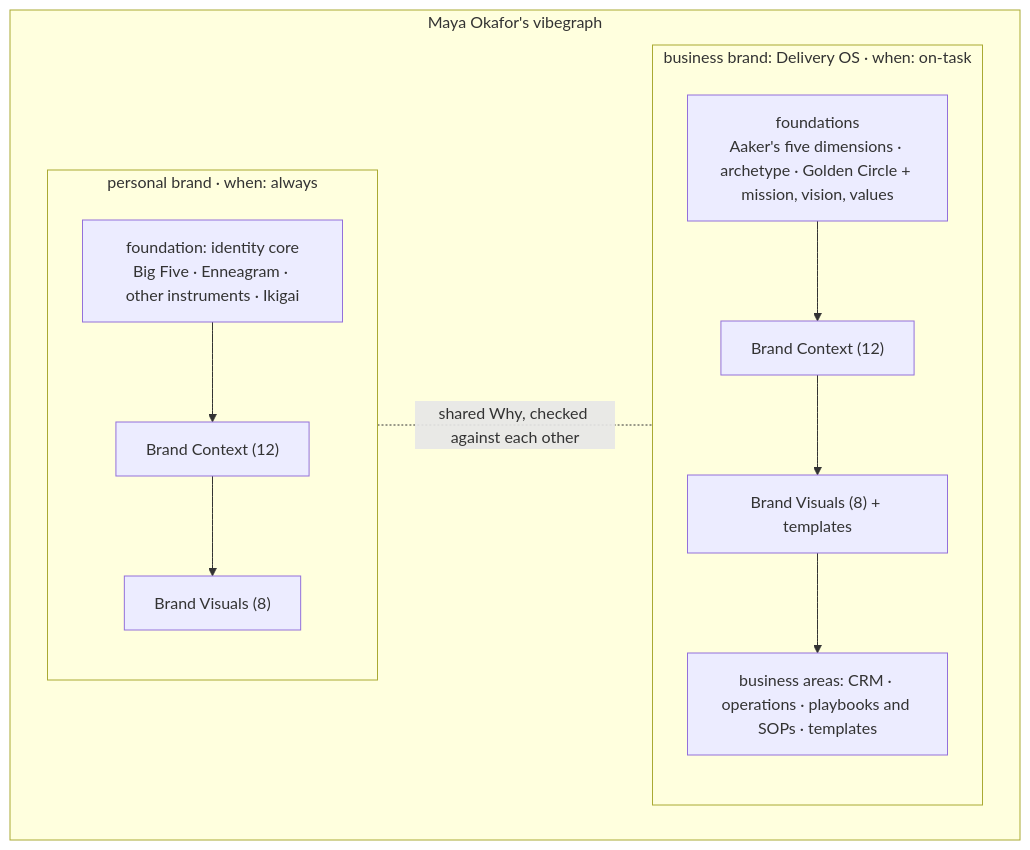
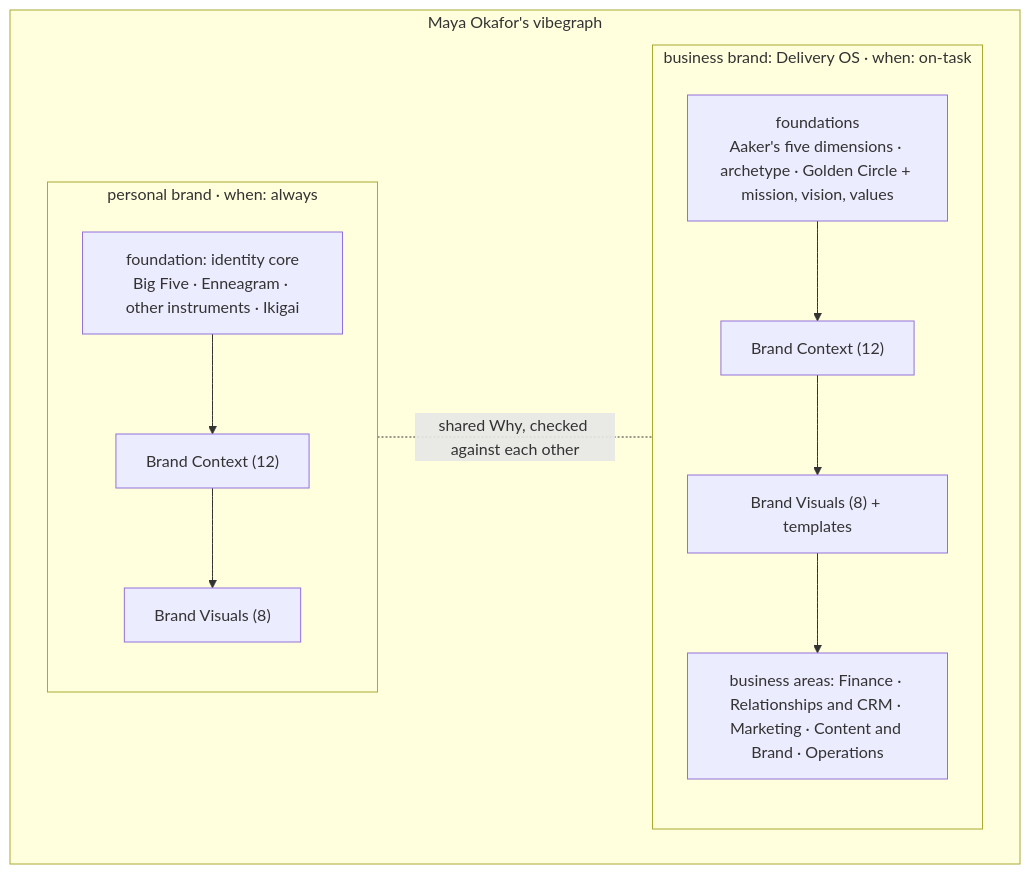
One commit to vibegraph-ai/vibegraph.md changed the second of 4 diagrams in whitepaper/figures/FIGURES-v3.0.md. Above: the diagram before and after it, drawn with Mermaid. The commit also changed other lines of this file and 8 other files, not shown here.

````diff
--- a/whitepaper/figures/FIGURES-v3.0.md
+++ b/whitepaper/figures/FIGURES-v3.0.md
@@ -61,22 +61,22 @@
 ```mermaid
 flowchart LR
   subgraph V["Maya Okafor's vibegraph"]
     direction LR
     subgraph PB["personal brand · when: always"]
       direction TB
       PF["foundation: identity core<br/>Big Five · Enneagram · other instruments · Ikigai"]
       PC["Brand Context (12)"]
       PV["Brand Visuals (8)"]
       PF --> PC --> PV
     end
     subgraph BB["business brand: Delivery OS · when: on-task"]
       direction TB
       BF["foundations<br/>Aaker's five dimensions · archetype · Golden Circle + mission, vision, values"]
       BC["Brand Context (12)"]
       BV["Brand Visuals (8) + templates"]
-      BA["business areas: CRM · operations · playbooks and SOPs · templates"]
+      BA["business areas: Finance · Relationships and CRM · Marketing · Content and Brand · Operations"]
       BF --> BC --> BV --> BA
     end
     PF -. "shared Why, checked against each other" .- BF
   end
 ```
````
